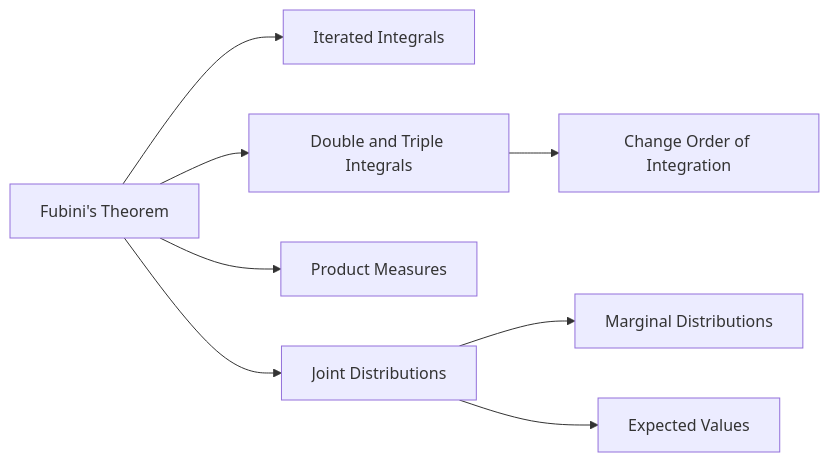
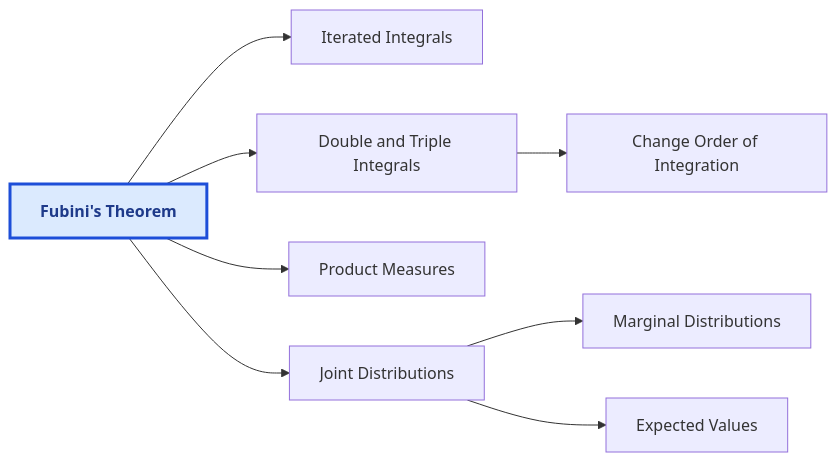
One commit to ilwon-seo/terms changed the second of 2 diagrams in F/Fubinis Theorem.md. Above: the diagram before and after it, drawn with Mermaid. The commit also changed other lines of this file and 18 other files, not shown here.

Commit message:
Standardize current-term Mermaid styling

````diff
--- a/F/Fubinis Theorem.md
+++ b/F/Fubinis Theorem.md
@@ -235,11 +236,13 @@
 ```mermaid
 graph LR
     Fubini[Fubini's Theorem] --> Iterated[Iterated Integrals]
     Fubini --> Multiple[Double and Triple Integrals]
     Fubini --> Product[Product Measures]
     Fubini --> Probability[Joint Distributions]
 
     Probability --> Marginal[Marginal Distributions]
     Probability --> Expected[Expected Values]
     Multiple --> Region[Change Order of Integration]
+    classDef currentTerm fill:#dbeafe,stroke:#1d4ed8,stroke-width:3px,color:#1e3a8a,font-weight:bold
+    class Fubini currentTerm
 ```
````
